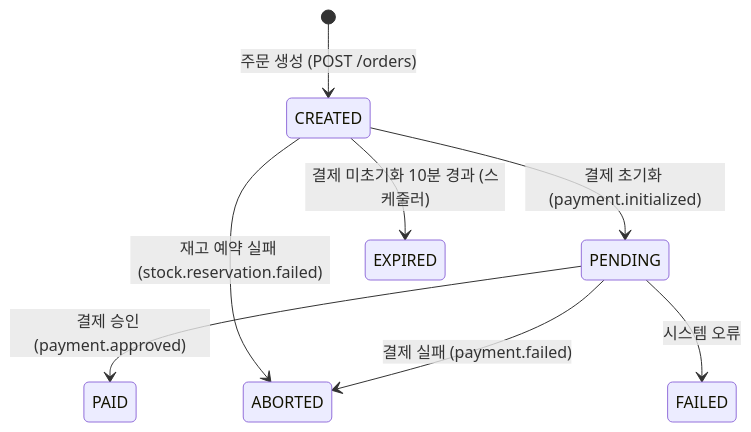
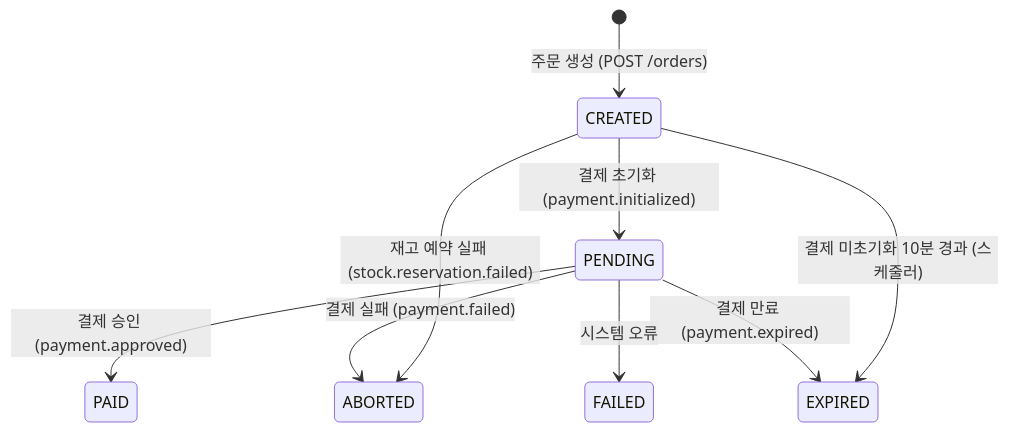
Before and after one commit to wocks1123/commerce-msa: the second of 3 diagrams in README.md, drawn with Mermaid. The commit also changed other lines of this file, not shown here.

````diff
--- a/README.md
+++ b/README.md
@@ -90,10 +90,11 @@
 ```mermaid
 stateDiagram-v2
     [*] --> CREATED: 주문 생성 (POST /orders)
     CREATED --> PENDING: 결제 초기화 (payment.initialized)
     CREATED --> ABORTED: 재고 예약 실패 (stock.reservation.failed)
     CREATED --> EXPIRED: 결제 미초기화 10분 경과 (스케줄러)
     PENDING --> PAID: 결제 승인 (payment.approved)
     PENDING --> ABORTED: 결제 실패 (payment.failed)
+    PENDING --> EXPIRED: 결제 만료 (payment.expired)
     PENDING --> FAILED: 시스템 오류
 ```
````
